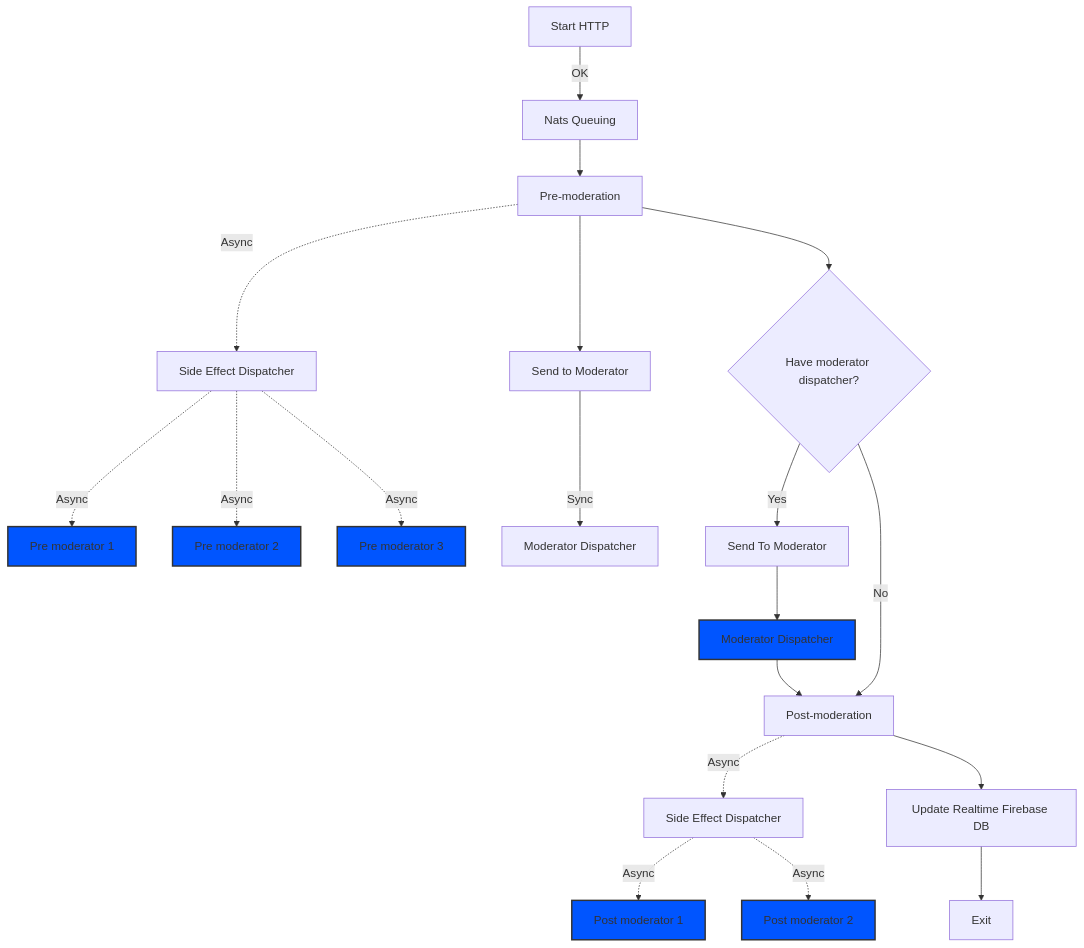
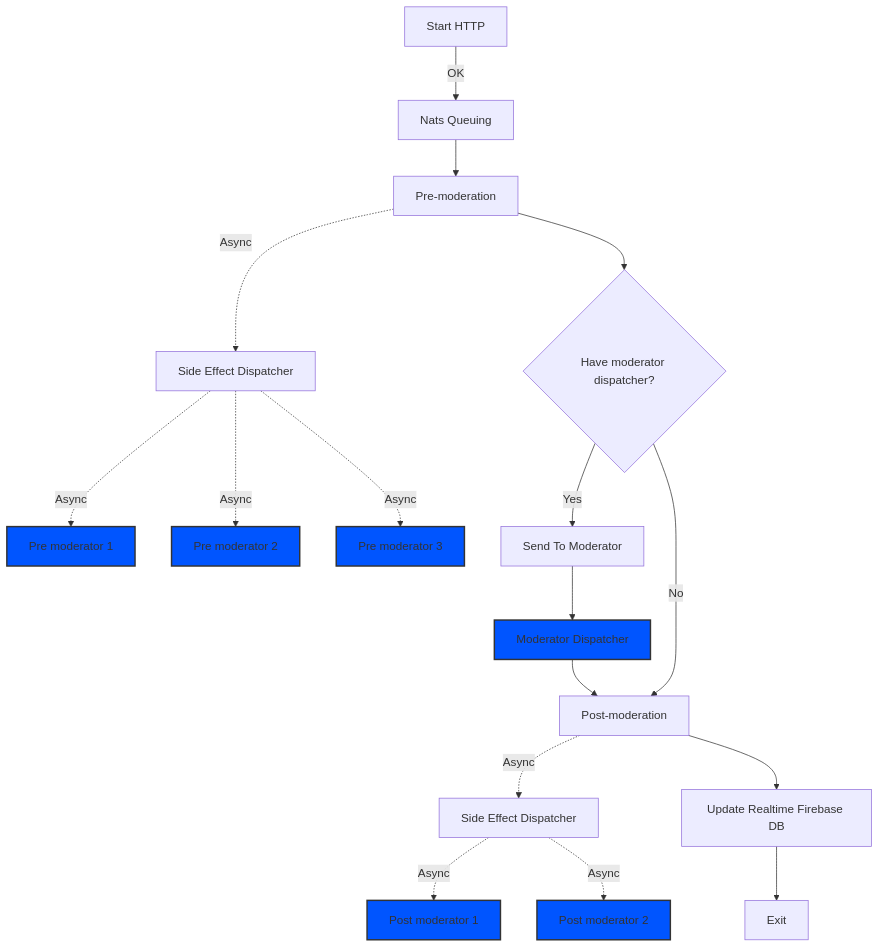
One commit to oudaykhaled/chat-service changed the diagram in documentation/Messaging_Process_Flow_Documentation.md. Above: the diagram before and after it, drawn with Mermaid.

````diff
--- a/documentation/Messaging_Process_Flow_Documentation.md
+++ b/documentation/Messaging_Process_Flow_Documentation.md
@@ -63,24 +63,22 @@
 ```mermaid
 graph TD
   A[Start HTTP] -->|OK| B[Nats Queuing]
   B --> E[Pre-moderation]
   E -.->|Async| C[Side Effect Dispatcher]
   C -.->|Async| D1[Pre moderator 1]
   C -.->|Async| D2[Pre moderator 2]
   C -.->|Async| D3[Pre moderator 3]
-  E --> F[Send to Moderator]
-  F -->|Sync| G[Moderator Dispatcher]
   E --> X{Have moderator dispatcher?}
   X -->|Yes| H[Send To Moderator]
   H --> I[Moderator Dispatcher]
   I --> J[Post-moderation]
   X -->|No| J[Post-moderation]
   J -.->|Async| K[Side Effect Dispatcher]
   K -.->|Async| L[Post moderator 1]
   K -.->|Async| M[Post moderator 2]
   J --> N[Update Realtime Firebase DB]
   N --> O[Exit]
 
   classDef async fill:#05f,stroke:#333,stroke-width:2px;
   class I,D1,D2,D3,L,M async;
 ```
````
